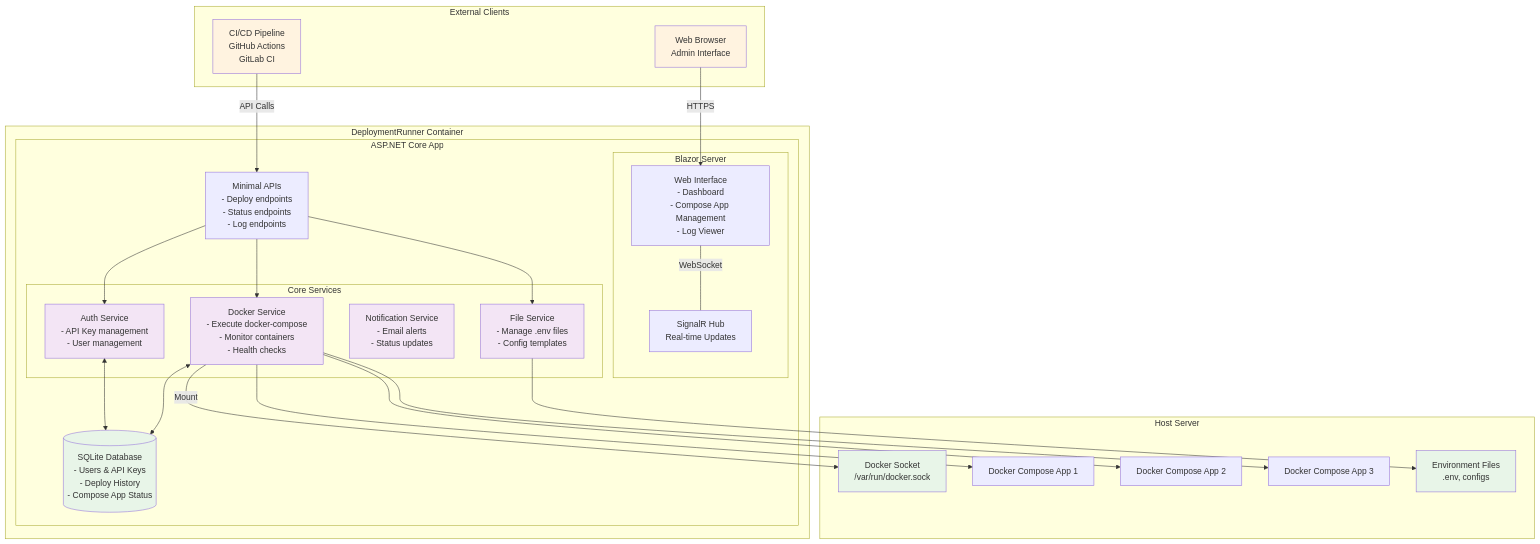
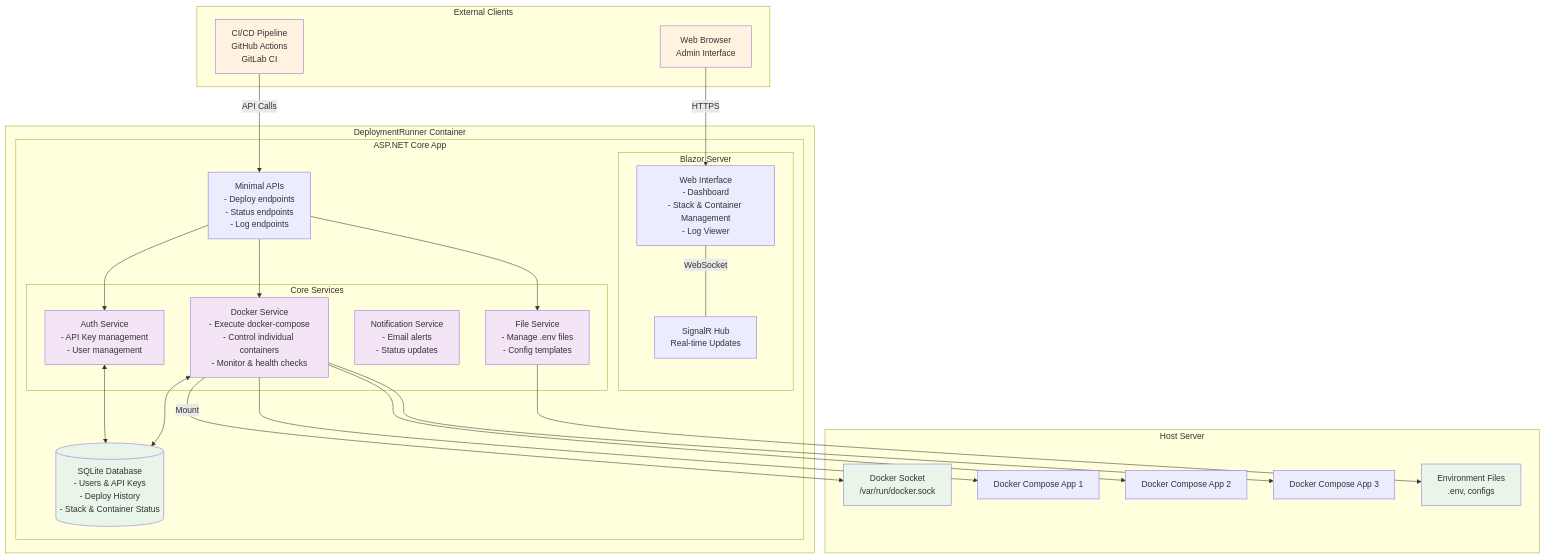
One commit to BernhardPollerspoeck/OnPremCompose changed the diagram in README.md. Above: the diagram before and after it, drawn with Mermaid. The commit also changed other lines of this file, not shown here.

Commit message:
Clarify compose stack vs individual container management capabilities

````diff
--- a/README.md
+++ b/README.md
@@ -22,63 +22,63 @@
 ```mermaid
 graph TB
     subgraph "Host Server"
         DS[Docker Socket<br/>/var/run/docker.sock]
         DC1[Docker Compose App 1]
         DC2[Docker Compose App 2]
         DC3[Docker Compose App 3]
         ENV[Environment Files<br/>.env, configs]
     end
 
     subgraph "DeploymentRunner Container"
         subgraph "ASP.NET Core App"
             API[Minimal APIs<br/>- Deploy endpoints<br/>- Status endpoints<br/>- Log endpoints]
             
             subgraph "Blazor Server"
-                UI[Web Interface<br/>- Dashboard<br/>- Compose App Management<br/>- Log Viewer]
+                UI[Web Interface<br/>- Dashboard<br/>- Stack & Container Management<br/>- Log Viewer]
                 HUB[SignalR Hub<br/>Real-time Updates]
             end
             
             subgraph "Core Services"
-                DS_SVC[Docker Service<br/>- Execute docker-compose<br/>- Monitor containers<br/>- Health checks]
+                DS_SVC[Docker Service<br/>- Execute docker-compose<br/>- Control individual containers<br/>- Monitor & health checks]
                 FILE_SVC[File Service<br/>- Manage .env files<br/>- Config templates]
                 NOTIFY[Notification Service<br/>- Email alerts<br/>- Status updates]
                 AUTH[Auth Service<br/>- API Key management<br/>- User management]
             end
             
-            DB[(SQLite Database<br/>- Users & API Keys<br/>- Deploy History<br/>- Compose App Status)]
+            DB[(SQLite Database<br/>- Users & API Keys<br/>- Deploy History<br/>- Stack & Container Status)]
         end
     end
 
     subgraph "External Clients"
         CI[CI/CD Pipeline<br/>GitHub Actions<br/>GitLab CI]
         BROWSER[Web Browser<br/>Admin Interface]
     end
 
     %% Connections
     CI -->|API Calls| API
     BROWSER -->|HTTPS| UI
     UI ---|WebSocket| HUB
     
     API --> DS_SVC
     API --> FILE_SVC
     API --> AUTH
     
     DS_SVC -->|Mount| DS
     DS_SVC --> DC1
     DS_SVC --> DC2
     DS_SVC --> DC3
     
     FILE_SVC --> ENV
     
     AUTH <--> DB
     DS_SVC <--> DB
 
     classDef container fill:#e1f5fe
     classDef service fill:#f3e5f5
     classDef external fill:#fff3e0
     classDef storage fill:#e8f5e8
     
     class DS_SVC,FILE_SVC,NOTIFY,AUTH service
     class CI,BROWSER external
     class DB,DS,ENV storage
 ```
````
